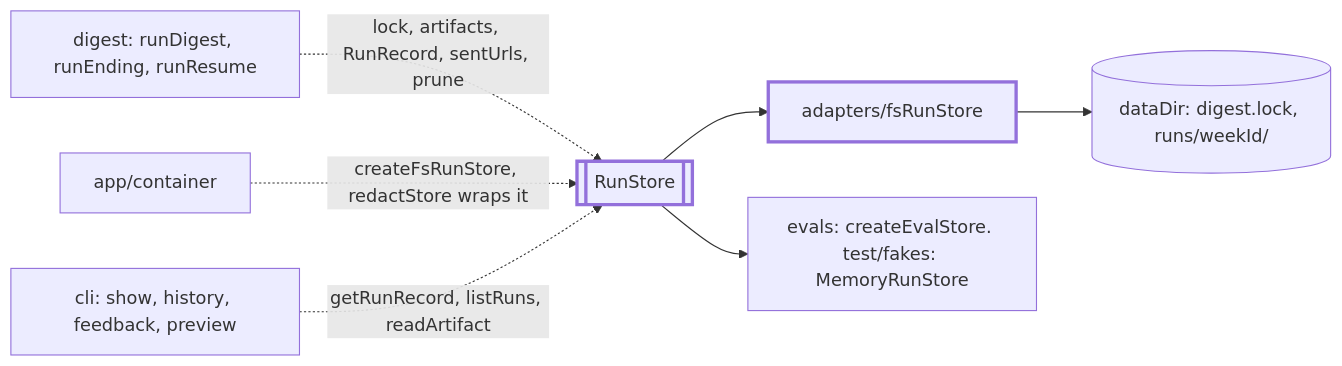
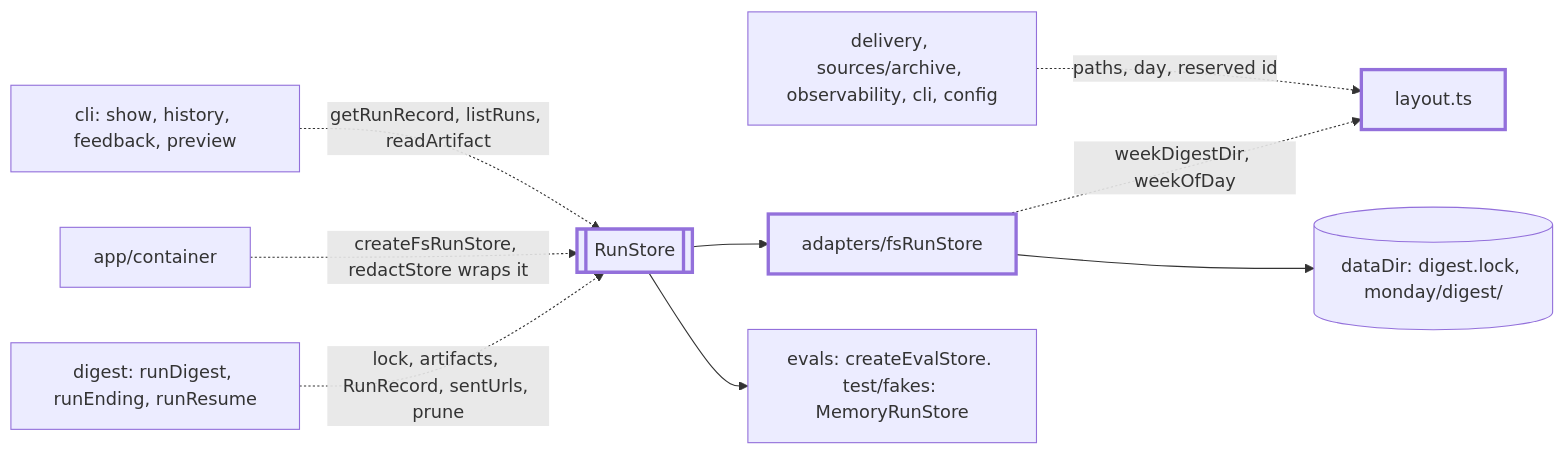
Before and after one commit to odere-pro/weekly-engineering-digest-agent: the first of 2 diagrams in src/store/CLAUDE.md, drawn with Mermaid. The commit also changed other lines of this file and 133 other files, not shown here.

````diff
--- a/src/store/CLAUDE.md
+++ b/src/store/CLAUDE.md
@@ -9,10 +10,12 @@
 ```mermaid
 flowchart LR
   runDigest["digest: runDigest, runEnding, runResume"] -.->|"lock, artifacts, RunRecord, sentUrls, prune"| port[[RunStore]]:::focus
   container["app/container"] -.->|"createFsRunStore, redactStore wraps it"| port
   cli["cli: show, history, feedback, preview"] -.->|"getRunRecord, listRuns, readArtifact"| port
   port --> fs["adapters/fsRunStore"]:::focus
-  fs --> disk[("dataDir: digest.lock, runs/weekId/")]
+  fs -.->|"weekDigestDir, weekOfDay"| layout["layout.ts"]:::focus
+  fs --> disk[("dataDir: digest.lock, monday/digest/")]
+  others2["delivery, sources/archive, observability, cli, config"] -.->|"paths, day, reserved id"| layout
   port --> others["evals: createEvalStore. test/fakes: MemoryRunStore"]
   classDef focus stroke-width:3px
 ```
````
